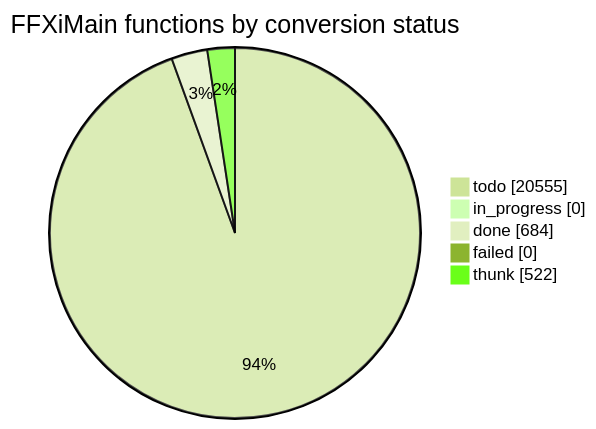
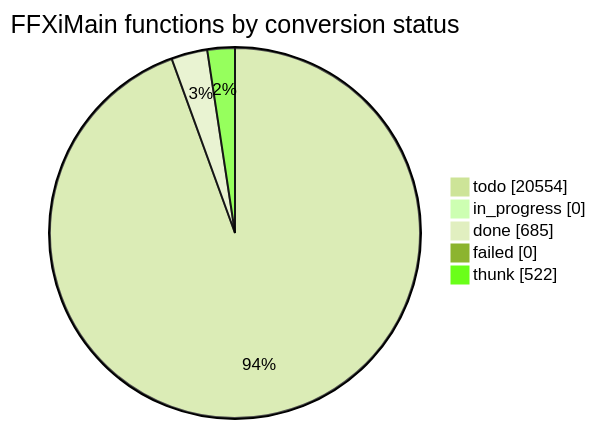
One commit to cowrevenge/cow_kuluu_xi_anything changed the diagram in docs/cow/STATUS.md. Above: the diagram before and after it, drawn with Mermaid (forest theme). The commit also changed other lines of this file and 9 other files, not shown here.

````diff
--- a/docs/cow/STATUS.md
+++ b/docs/cow/STATUS.md
@@ -18,9 +18,9 @@
 ```mermaid
 pie showData
     title FFXiMain functions by conversion status
-    "todo" : 20555
+    "todo" : 20554
     "in_progress" : 0
-    "done" : 684
+    "done" : 685
     "failed" : 0
     "thunk" : 522
 ```
````
